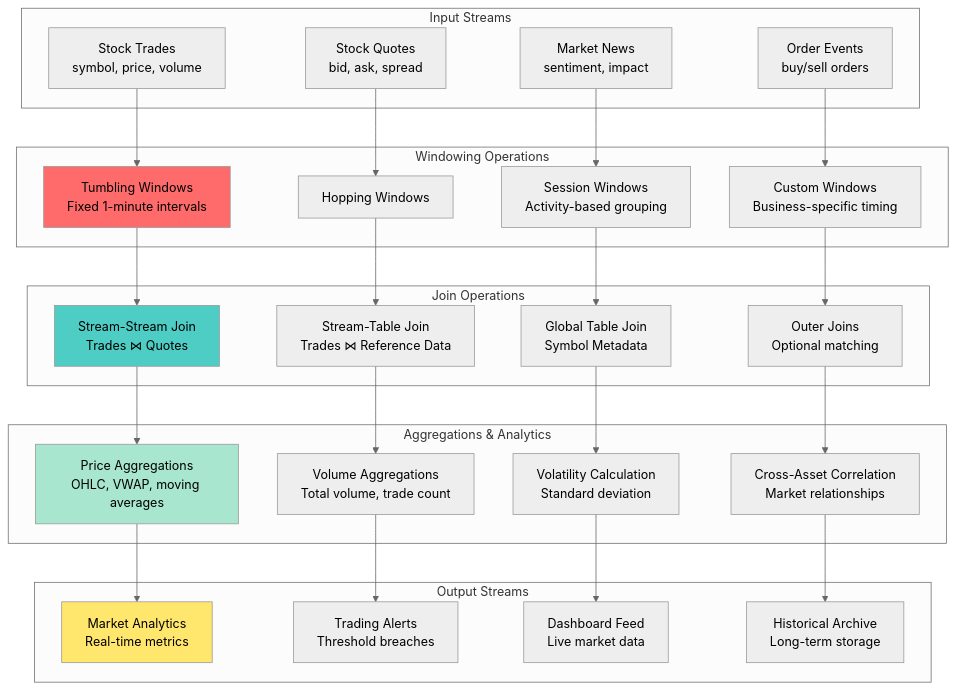
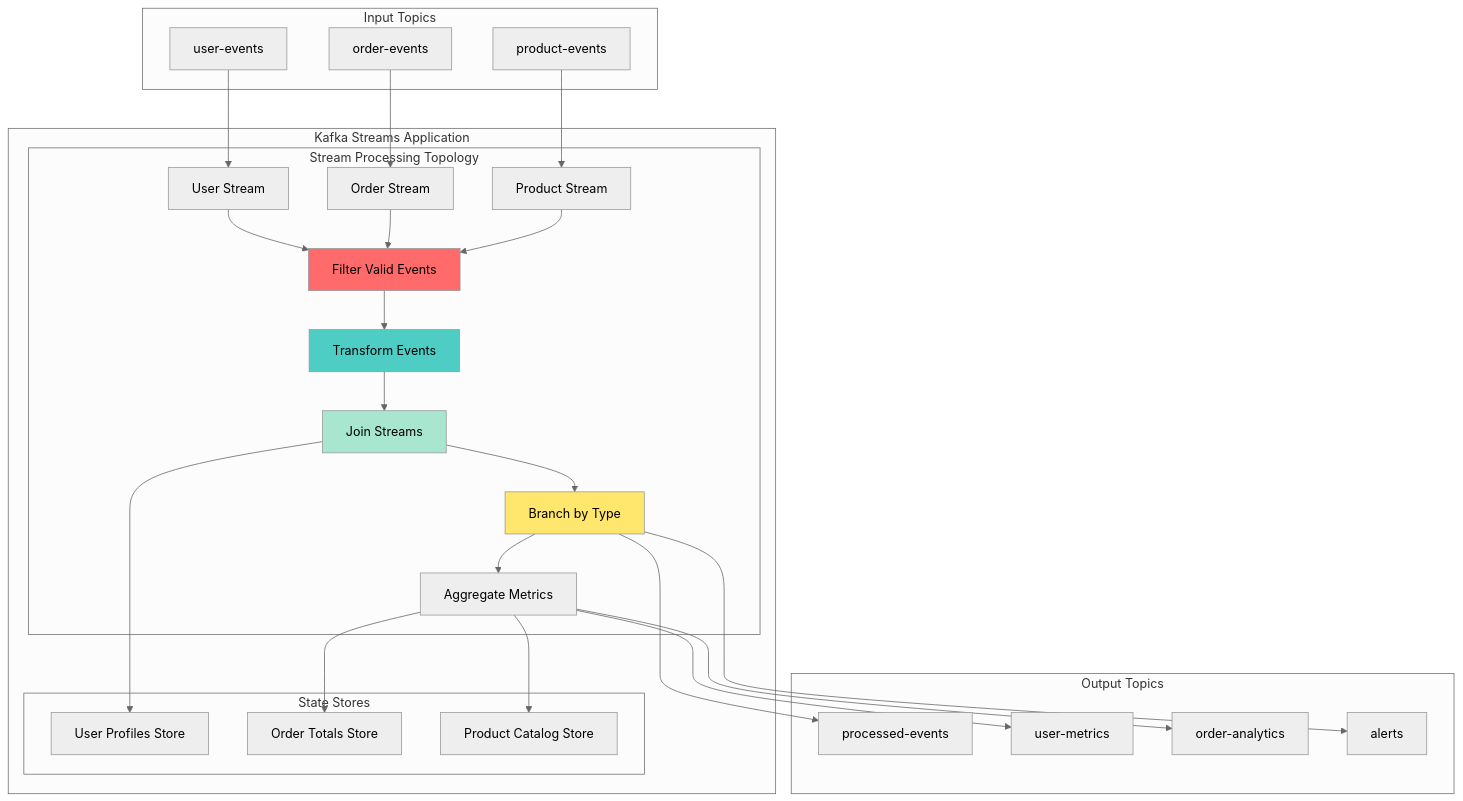
Before and after one commit to vorrawut/KafkaStarter: the first of 6 diagrams in class/workshop/lesson_15/README.md, drawn with Mermaid (neutral theme). The commit also changed other lines of this file and 204 other files, not shown here.

````diff
--- a/class/workshop/lesson_15/README.md
+++ b/class/workshop/lesson_15/README.md
@@ -24,62 +24,62 @@
 ```mermaid
 graph TB
-    subgraph "Input Streams"
-        TRADES[Stock Trades<br/>symbol, price, volume]
-        QUOTES[Stock Quotes<br/>bid, ask, spread]
-        NEWS[Market News<br/>sentiment, impact]
-        ORDERS[Order Events<br/>buy/sell orders]
+    subgraph "Input Topics"
+        IT1[user-events]
+        IT2[order-events] 
+        IT3[product-events]
     end
     
-    subgraph "Windowing Operations"
-        TUMBLING[Tumbling Windows<br/>Fixed 1-minute intervals]
-        HOPPING[Hopping Windows<br/&gt;30-second slides, 1-minute size]
-        SESSION[Session Windows<br/>Activity-based grouping]
-        CUSTOM[Custom Windows<br/>Business-specific timing]
+    subgraph "Kafka Streams Application"
+        subgraph "Stream Processing Topology"
+            ST1[User Stream]
+            ST2[Order Stream]
+            ST3[Product Stream]
+            
+            FILTER[Filter Valid Events]
+            MAP[Transform Events]
+            JOIN[Join Streams]
+            BRANCH[Branch by Type]
+            AGGREGATE[Aggregate Metrics]
+        end
+        
+        subgraph "State Stores"
+            SS1[User Profiles Store]
+            SS2[Order Totals Store]
+            SS3[Product Catalog Store]
+        end
     end
     
-    subgraph "Join Operations"
-        SS_JOIN[Stream-Stream Join<br/>Trades ⋈ Quotes]
-        ST_JOIN[Stream-Table Join<br/>Trades ⋈ Reference Data]
-        GLOBAL_JOIN[Global Table Join<br/>Symbol Metadata]
-        OUTER_JOIN[Outer Joins<br/>Optional matching]
+    subgraph "Output Topics"
+        OT1[processed-events]
+        OT2[user-metrics]
+        OT3[order-analytics]
+        OT4[alerts]
     end
     
-    subgraph "Aggregations & Analytics"
-        PRICE_AGG[Price Aggregations<br/>OHLC, VWAP, moving averages]
-        VOLUME_AGG[Volume Aggregations<br/>Total volume, trade count]
-        VOLATILITY[Volatility Calculation<br/>Standard deviation]
-        CORRELATION[Cross-Asset Correlation<br/>Market relationships]
-    end
+    IT1 --> ST1
+    IT2 --> ST2
+    IT3 --> ST3
     
-    subgraph "Output Streams"
-        ANALYTICS[Market Analytics<br/>Real-time metrics]
-        ALERTS[Trading Alerts<br/>Threshold breaches]
-        DASHBOARD[Dashboard Feed<br/>Live market data]
-        ARCHIVE[Historical Archive<br/>Long-term storage]
-    end
+    ST1 --> FILTER
+    ST2 --> FILTER
+    ST3 --> FILTER
     
-    TRADES --> TUMBLING
-    QUOTES --> HOPPING
-    NEWS --> SESSION
-    ORDERS --> CUSTOM
+    FILTER --> MAP
+    MAP --> JOIN
+    JOIN --> BRANCH
+    BRANCH --> AGGREGATE
     
-    TUMBLING --> SS_JOIN
-    HOPPING --> ST_JOIN
-    SESSION --> GLOBAL_JOIN
-    CUSTOM --> OUTER_JOIN
+    JOIN --> SS1
+    AGGREGATE --> SS2
+    AGGREGATE --> SS3
     
-    SS_JOIN --> PRICE_AGG
-    ST_JOIN --> VOLUME_AGG
-    GLOBAL_JOIN --> VOLATILITY
-    OUTER_JOIN --> CORRELATION
+    BRANCH --> OT1
+    AGGREGATE --> OT2
+    AGGREGATE --> OT3
+    BRANCH --> OT4
     
-    PRICE_AGG --> ANALYTICS
-    VOLUME_AGG --> ALERTS
-    VOLATILITY --> DASHBOARD
-    CORRELATION --> ARCHIVE
-    
-    style TUMBLING fill:#ff6b6b
-    style SS_JOIN fill:#4ecdc4
-    style PRICE_AGG fill:#a8e6cf
-    style ANALYTICS fill:#ffe66d
+    style FILTER fill:#ff6b6b
+    style MAP fill:#4ecdc4
+    style JOIN fill:#a8e6cf
+    style BRANCH fill:#ffe66d
 ```
````
